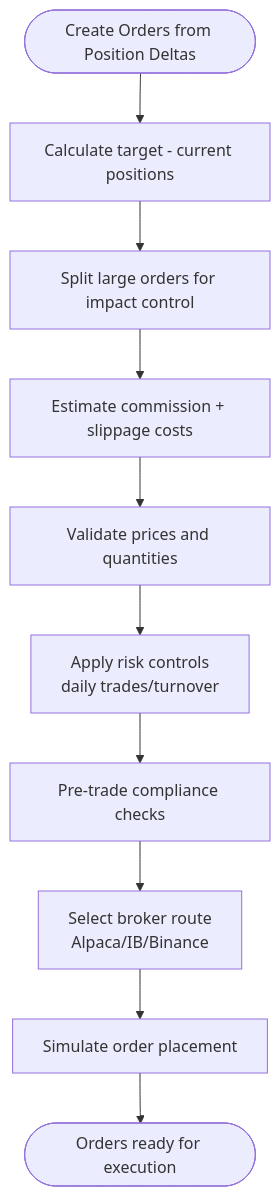
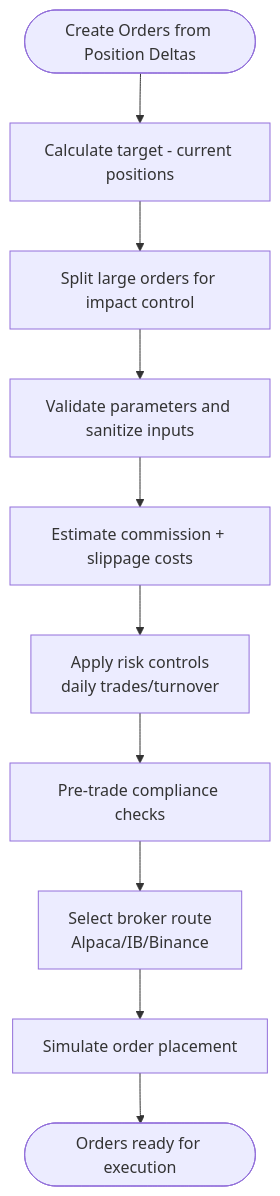
Before and after one commit to guofeng201507/shark-quant-trader: the fourth of 13 diagrams in .qoder/repowiki/en/content/Execution and Compliance.md, drawn with Mermaid. The commit also changed other lines of this file and 14 other files, not shown here.

````diff
--- a/.qoder/repowiki/en/content/Execution and Compliance.md
+++ b/.qoder/repowiki/en/content/Execution and Compliance.md
@@ -140,12 +204,12 @@
 ```mermaid
 flowchart TD
 Start(["Create Orders from Position Deltas"]) --> Delta["Calculate target - current positions"]
 Delta --> Split["Split large orders for impact control"]
-Split --> Costs["Estimate commission + slippage costs"]
-Costs --> Validate["Validate prices and quantities"]
-Validate --> RiskCtl["Apply risk controls<br/>daily trades/turnover"]
+Split --> Validate["Validate parameters and sanitize inputs"]
+Validate --> Costs["Estimate commission + slippage costs"]
+Costs --> RiskCtl["Apply risk controls<br/>daily trades/turnover"]
 RiskCtl --> Compliance["Pre-trade compliance checks"]
 Compliance --> Route["Select broker route<br/>Alpaca/IB/Binance"]
 Route --> Place["Simulate order placement"]
 Place --> End(["Orders ready for execution"])
 ```
````
